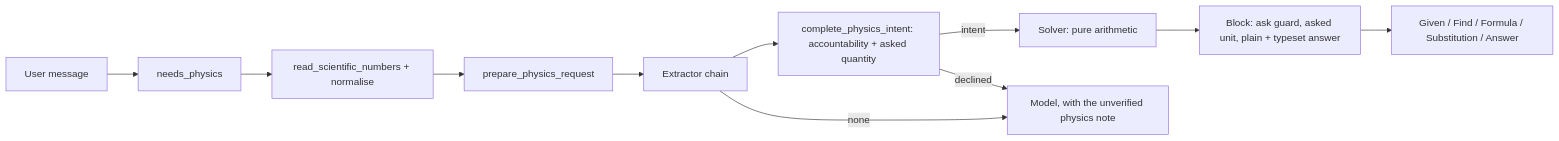
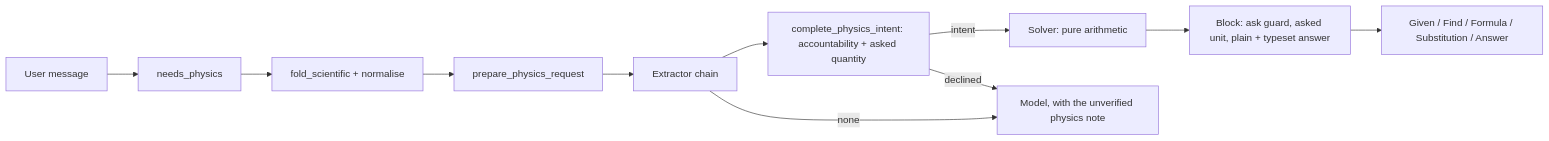
One commit to bennnnnn/recall changed the diagram in docs/physics.md. Above: the diagram before and after it, drawn with Mermaid. The commit also changed 3 other files, not shown here.

````diff
--- a/docs/physics.md
+++ b/docs/physics.md
@@ -13,13 +13,13 @@
 ```mermaid
 flowchart LR
   message[User message] --> gate[needs_physics]
-  gate --> read[read_scientific_numbers + normalise]
+  gate --> read[fold_scientific + normalise]
   read --> prepare[prepare_physics_request]
   prepare --> extract[Extractor chain]
   extract --> complete[complete_physics_intent: accountability + asked quantity]
   complete -->|intent| solve[Solver: pure arithmetic]
   solve --> block[Block: ask guard, asked unit, plain + typeset answer]
   block --> direct[Given / Find / Formula / Substitution / Answer]
   extract -->|none| model[Model, with the unverified physics note]
   complete -->|declined| model
 ```
````
